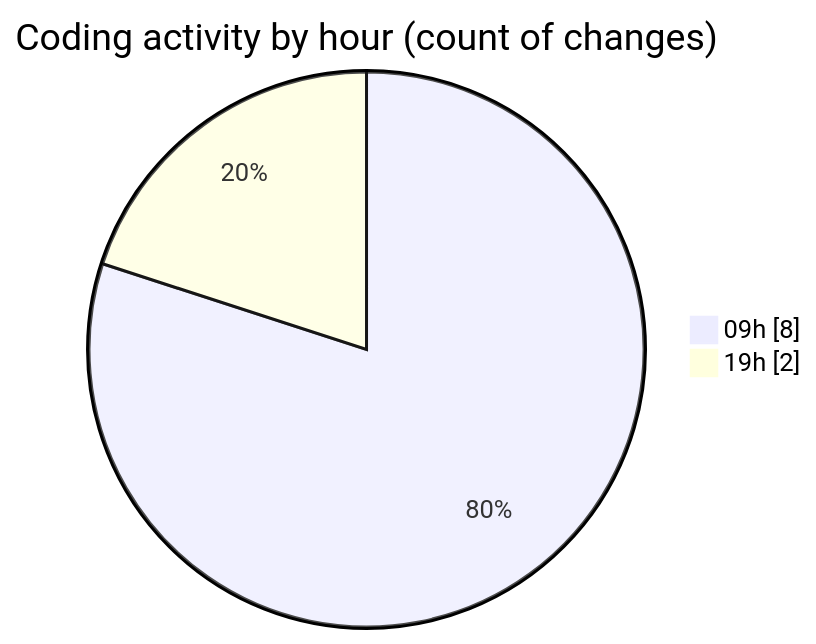
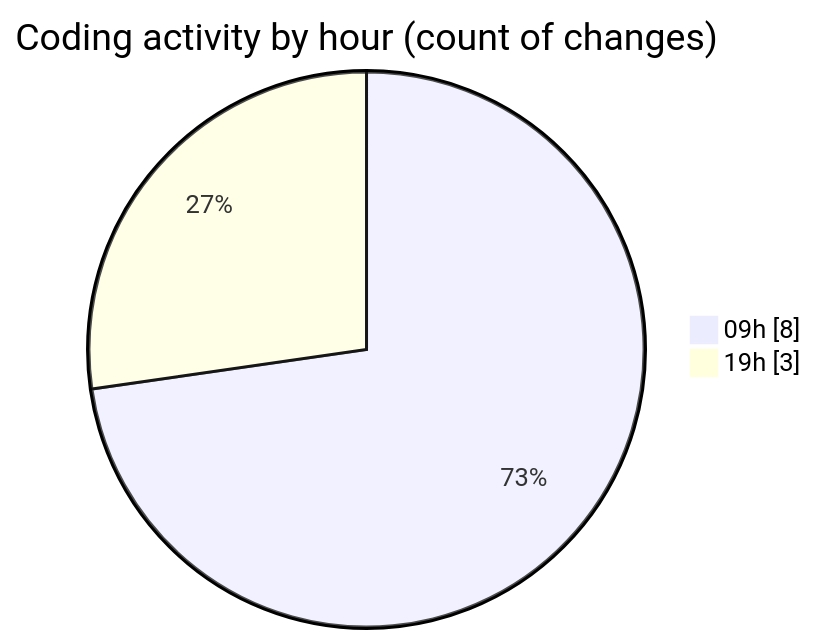
The second of 2 diagrams in 2025-02-28/myws__workspace_/README.md (MatusMokan/code-tracking), drawn with Mermaid before and after one commit. The commit also changed other lines of this file and 1 other file, not shown here.

````diff
--- a/2025-02-28/myws__workspace_/README.md
+++ b/2025-02-28/myws__workspace_/README.md
@@ -31,6 +32,6 @@
 ```mermaid
 pie showData
 title Coding activity by hour (count of changes)
 "09h" : 8
-"19h" : 2
+"19h" : 3
 ```
````
